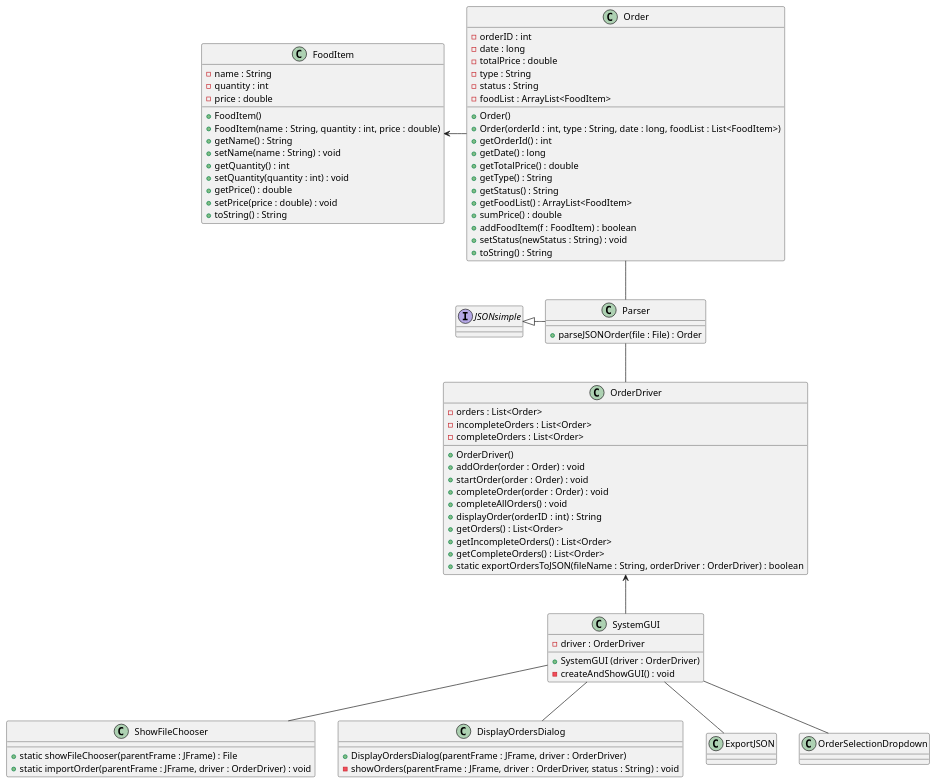
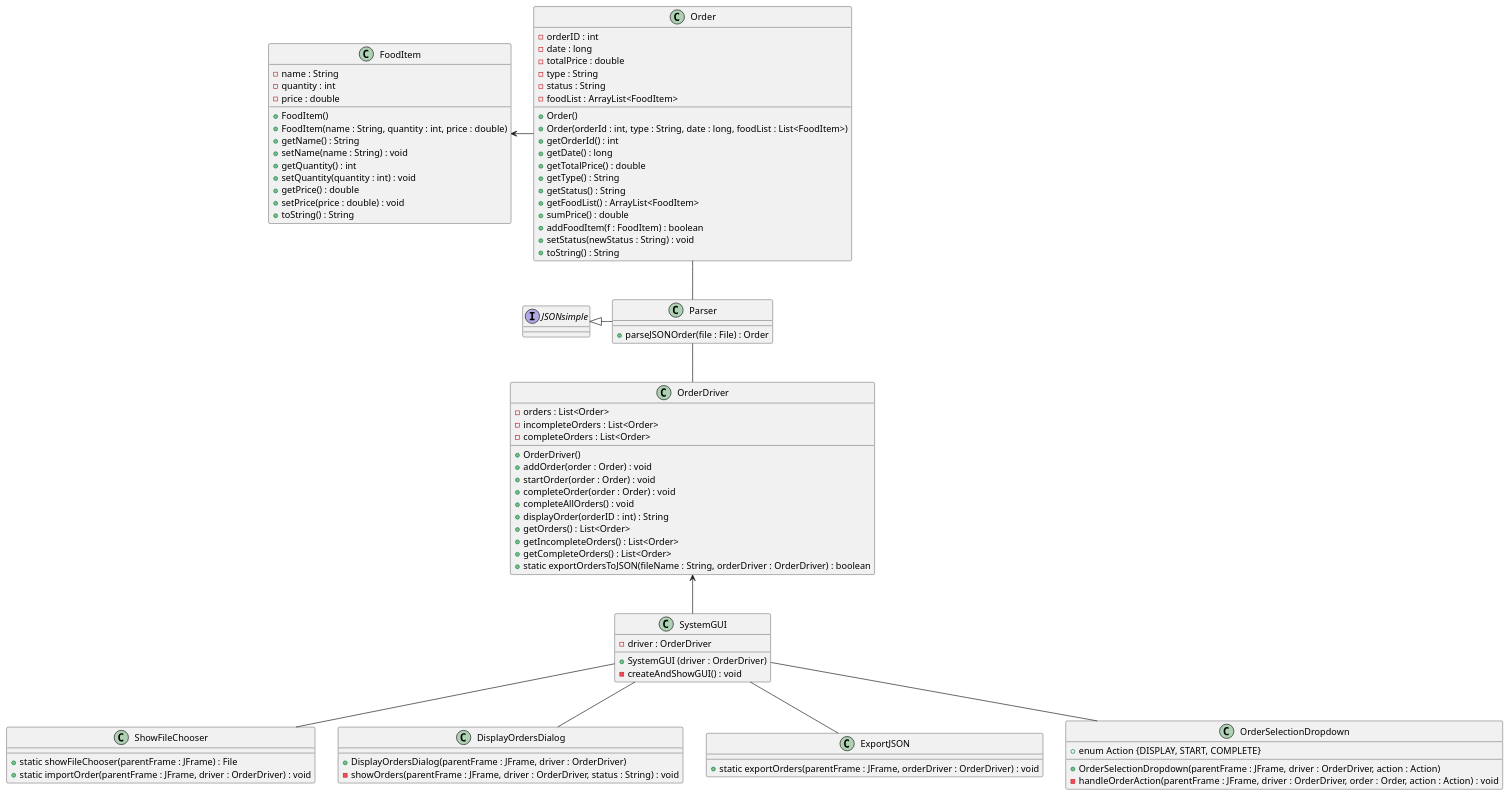
The diagram in code/src/main/java/Design/ClassUMLDiagram.puml (aidanmahl/372GroupProject), drawn with PlantUML before and after one commit.

Commit message:
Editing UML.

```diff
--- a/code/src/main/java/Design/ClassUMLDiagram.puml
+++ b/code/src/main/java/Design/ClassUMLDiagram.puml
@@ -1,104 +1,114 @@
 @startuml
 'https://plantuml.com/class-diagram
 
 class Parser
 class FoodItem
 class Order
 class OrderDriver
 
 class SystemGUI
 class ShowFileChooser
 class DisplayOrdersDialog
 class ExportJSON
 class OrderSelectionDropdown
 
 interface JSONsimple
 
 
 JSONsimple <|- Parser
 Order -- Parser
 FoodItem <- Order
 Parser -- OrderDriver
 
 OrderDriver <-- SystemGUI
 
 SystemGUI -- ShowFileChooser
 SystemGUI -- DisplayOrdersDialog
 SystemGUI -- ExportJSON
 SystemGUI -- OrderSelectionDropdown
 
 class FoodItem {
 - name : String
 - quantity : int
 - price : double
 
 + FoodItem()
 + FoodItem(name : String, quantity : int, price : double)
 + getName() : String
 + setName(name : String) : void
 + getQuantity() : int
 + setQuantity(quantity : int) : void
 + getPrice() : double
 + setPrice(price : double) : void
 + toString() : String
 }
 
 class Order {
 - orderID : int
 - date : long
 - totalPrice : double
 - type : String
 - status : String
 - foodList : ArrayList<FoodItem>
 
 + Order()
 + Order(orderId : int, type : String, date : long, foodList : List<FoodItem>)
 + getOrderId() : int
 + getDate() : long
 + getTotalPrice() : double
 + getType() : String
 + getStatus() : String
 + getFoodList() : ArrayList<FoodItem>
 + sumPrice() : double
 + addFoodItem(f : FoodItem) : boolean
 + setStatus(newStatus : String) : void
 + toString() : String
 }
 
 class Parser {
 + parseJSONOrder(file : File) : Order
 }
 
 class OrderDriver {
 - orders : List<Order>
 - incompleteOrders : List<Order>
 - completeOrders : List<Order>
 
 + OrderDriver()
 + addOrder(order : Order) : void
 + startOrder(order : Order) : void
 + completeOrder(order : Order) : void
 + completeAllOrders() : void
 + displayOrder(orderID : int) : String
 + getOrders() : List<Order>
 + getIncompleteOrders() : List<Order>
 + getCompleteOrders() : List<Order>
 + static exportOrdersToJSON(fileName : String, orderDriver : OrderDriver) : boolean
 }
 
 class SystemGUI {
 - driver : OrderDriver
 + SystemGUI (driver : OrderDriver)
 - createAndShowGUI() : void
 }
 
 class ShowFileChooser {
 + static showFileChooser(parentFrame : JFrame) : File
 + static importOrder(parentFrame : JFrame, driver : OrderDriver) : void
 }
 
 class DisplayOrdersDialog{
 + DisplayOrdersDialog(parentFrame : JFrame, driver : OrderDriver)
 - showOrders(parentFrame : JFrame, driver : OrderDriver, status : String) : void
 }
+
+class ExportJSON{
++ static exportOrders(parentFrame : JFrame, orderDriver : OrderDriver) : void
+}
+
+class OrderSelectionDropdown{
++ OrderSelectionDropdown(parentFrame : JFrame, driver : OrderDriver, action : Action)
+- handleOrderAction(parentFrame : JFrame, driver : OrderDriver, order : Order, action : Action) : void
++ enum Action {DISPLAY, START, COMPLETE}
+}
 @enduml
```
